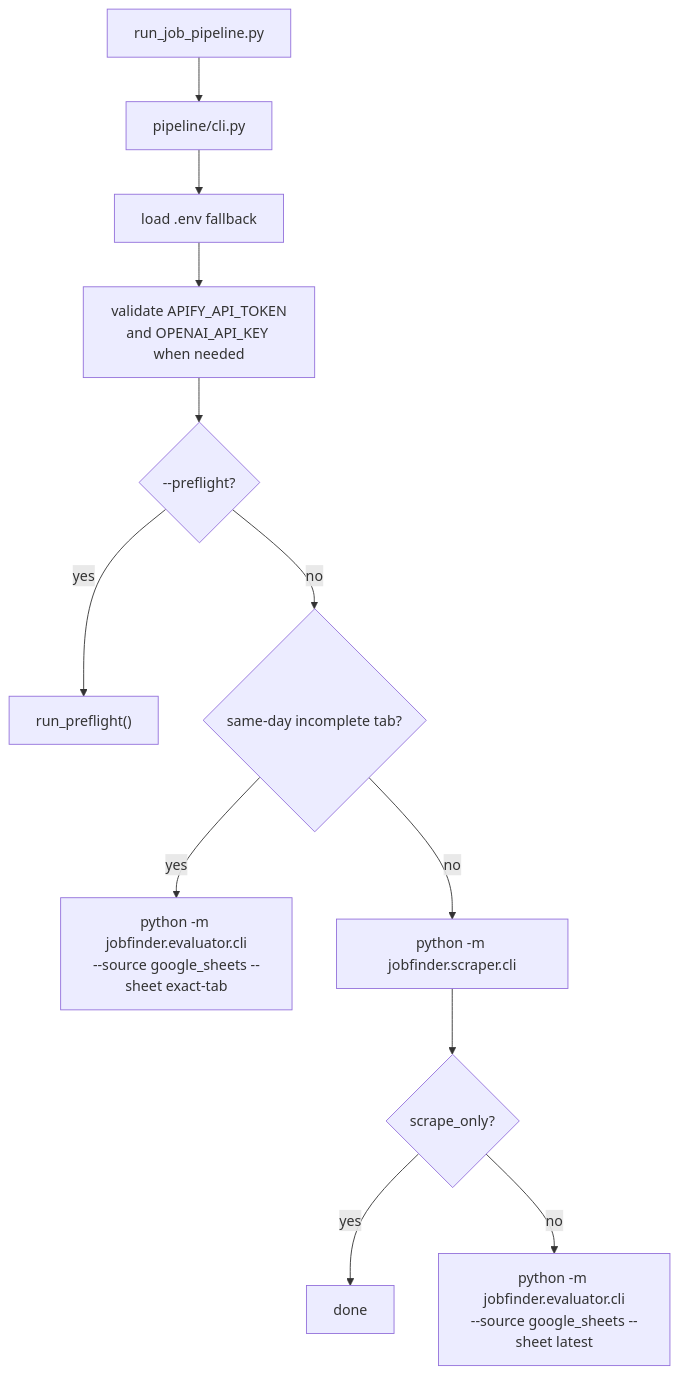
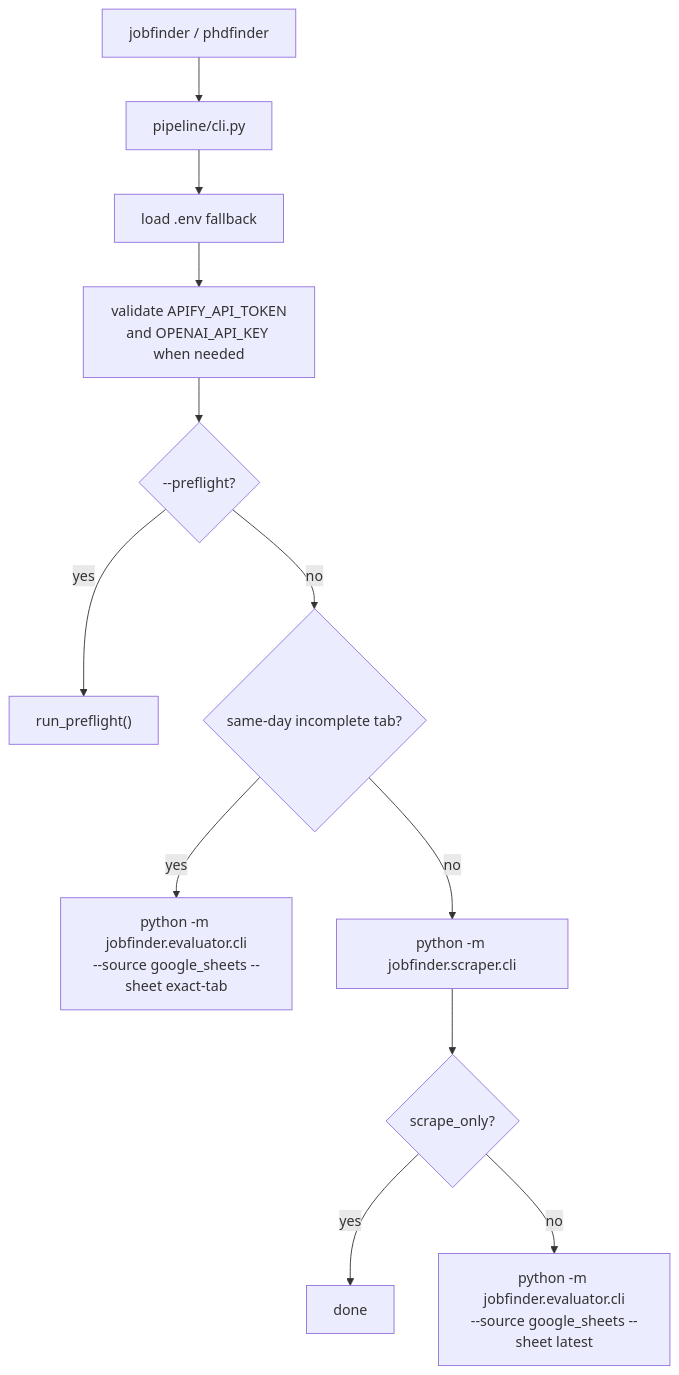
The diagram in src/jobfinder/pipeline/README.md (AmirDonyadide/JobFinder), drawn with Mermaid before and after one commit. The commit also changed other lines of this file and 124 other files, not shown here.

First line of the commit message:
Refactor into product-based finder architecture

````diff
--- a/src/jobfinder/pipeline/README.md
+++ b/src/jobfinder/pipeline/README.md
@@ -62,14 +61,14 @@
 ```mermaid
 flowchart TD
-    A["run_job_pipeline.py"] --> B["pipeline/cli.py"]
+    A["jobfinder / phdfinder"] --> B["pipeline/cli.py"]
     B --> C["load .env fallback"]
     C --> D["validate APIFY_API_TOKEN<br/>and OPENAI_API_KEY when needed"]
     D --> E{"--preflight?"}
     E -- yes --> F["run_preflight()"]
     E -- no --> G{"same-day incomplete tab?"}
     G -- yes --> H["python -m jobfinder.evaluator.cli<br/>--source google_sheets --sheet exact-tab"]
     G -- no --> I["python -m jobfinder.scraper.cli"]
     I --> J{"scrape_only?"}
     J -- yes --> K["done"]
     J -- no --> L["python -m jobfinder.evaluator.cli<br/>--source google_sheets --sheet latest"]
 ```
````
